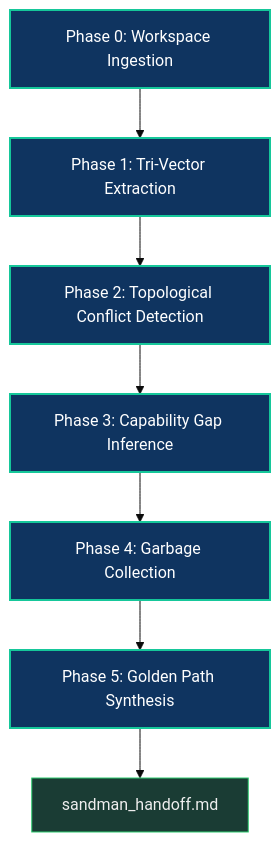
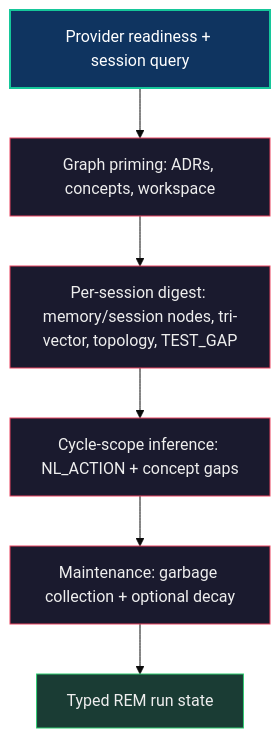
The first of 2 diagrams in learn/agentos/DreamPipeline.md (neomjs/neo), drawn with Mermaid (base theme) before and after one commit. The commit also changed other lines of this file, not shown here.

````diff
--- a/learn/agentos/DreamPipeline.md
+++ b/learn/agentos/DreamPipeline.md
@@ -38,16 +96,15 @@
 ```mermaid
 flowchart TD
-    classDef phase fill:#0f3460,stroke:#16c79a,stroke-width:2px,color:#fff
-    classDef data fill:#1a1a2e,stroke:#e94560,stroke-width:1px,color:#eee
+    classDef gate fill:#0f3460,stroke:#16c79a,stroke-width:2px,color:#fff
+    classDef digest fill:#1a1a2e,stroke:#e94560,stroke-width:1px,color:#eee
     classDef output fill:#1a3c34,stroke:#2ecc71,stroke-width:1px,color:#eee
 
-    P0["Phase 0: Workspace Ingestion"]:::phase
-    P1["Phase 1: Tri-Vector Extraction"]:::phase
-    P2["Phase 2: Topological Conflict Detection"]:::phase
-    P3["Phase 3: Capability Gap Inference"]:::phase
-    P4["Phase 4: Garbage Collection"]:::phase
-    P5["Phase 5: Golden Path Synthesis"]:::phase
-    Out["sandman_handoff.md"]:::output
+    Gate["Provider readiness + session query"]:::gate
+    Prime["Graph priming: ADRs, concepts, workspace"]:::digest
+    Session["Per-session digest: memory/session nodes, tri-vector, topology, TEST_GAP"]:::digest
+    Cycle["Cycle-scope inference: NL_ACTION + concept gaps"]:::digest
+    Maintain["Maintenance: garbage collection + optional decay"]:::digest
+    State["Typed REM run state"]:::output
 
-    P0 --> P1 --> P2 --> P3 --> P4 --> P5 --> Out
+    Gate --> Prime --> Session --> Cycle --> Maintain --> State
 ```
````
